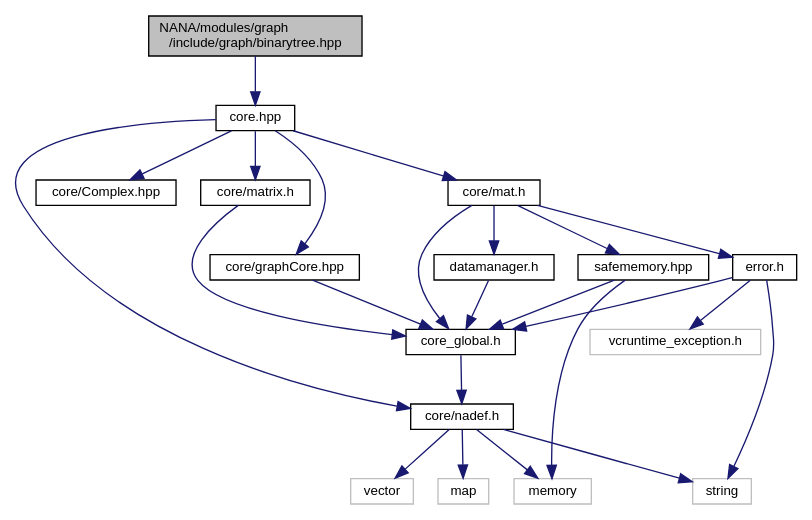
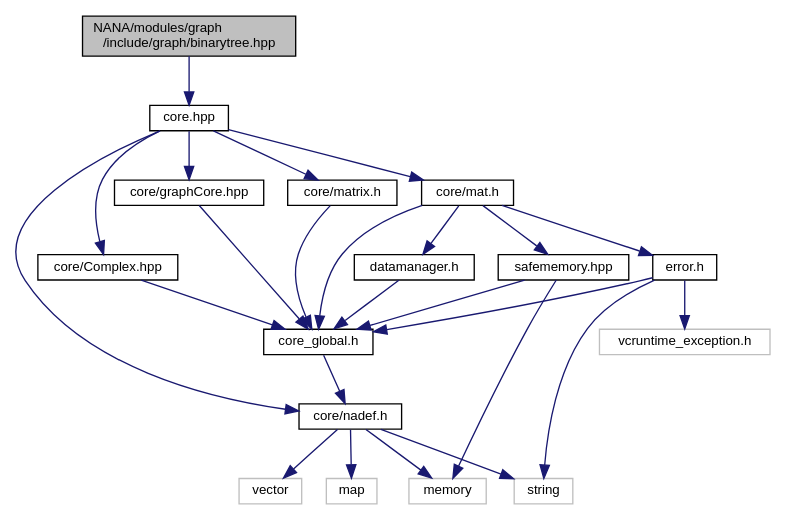
The diagram in docs/binarytree_8hpp__incl.dot (YuruTu/NANA), drawn with Graphviz before and after one commit. The commit also changed 149 other files, not shown here.

```diff
--- a/docs/binarytree_8hpp__incl.dot
+++ b/docs/binarytree_8hpp__incl.dot
@@ -1,45 +1,46 @@
 digraph "NANA/modules/graph/include/graph/binarytree.hpp"
 {
  // LATEX_PDF_SIZE
   edge [fontname="Helvetica",fontsize="10",labelfontname="Helvetica",labelfontsize="10"];
   node [fontname="Helvetica",fontsize="10",shape=record];
   Node1 [label="NANA/modules/graph\l/include/graph/binarytree.hpp",height=0.2,width=0.4,color="black", fillcolor="grey75", style="filled", fontcolor="black",tooltip="实现二叉树的模板"];
   Node1 -> Node2 [color="midnightblue",fontsize="10",style="solid",fontname="Helvetica"];
   Node2 [label="core.hpp",height=0.2,width=0.4,color="black", fillcolor="white", style="filled",URL="$core_8hpp.html",tooltip="包含基本的数据结构等"];
   Node2 -> Node3 [color="midnightblue",fontsize="10",style="solid",fontname="Helvetica"];
   Node3 [label="core/nadef.h",height=0.2,width=0.4,color="black", fillcolor="white", style="filled",URL="$nadef_8h.html",tooltip="数值分析所依赖的定义"];
   Node3 -> Node4 [color="midnightblue",fontsize="10",style="solid",fontname="Helvetica"];
   Node4 [label="vector",height=0.2,width=0.4,color="grey75", fillcolor="white", style="filled",tooltip=" "];
   Node3 -> Node5 [color="midnightblue",fontsize="10",style="solid",fontname="Helvetica"];
   Node5 [label="string",height=0.2,width=0.4,color="grey75", fillcolor="white", style="filled",tooltip=" "];
   Node3 -> Node6 [color="midnightblue",fontsize="10",style="solid",fontname="Helvetica"];
   Node6 [label="map",height=0.2,width=0.4,color="grey75", fillcolor="white", style="filled",tooltip=" "];
   Node3 -> Node7 [color="midnightblue",fontsize="10",style="solid",fontname="Helvetica"];
   Node7 [label="memory",height=0.2,width=0.4,color="grey75", fillcolor="white", style="filled",tooltip=" "];
   Node2 -> Node8 [color="midnightblue",fontsize="10",style="solid",fontname="Helvetica"];
   Node8 [label="core/Complex.hpp",height=0.2,width=0.4,color="black", fillcolor="white", style="filled",URL="$_complex_8hpp.html",tooltip="实现复数"];
-  Node2 -> Node9 [color="midnightblue",fontsize="10",style="solid",fontname="Helvetica"];
-  Node9 [label="core/graphCore.hpp",height=0.2,width=0.4,color="black", fillcolor="white", style="filled",URL="$graph_core_8hpp.html",tooltip="为图论算法实现的基本数据结构"];
-  Node9 -> Node10 [color="midnightblue",fontsize="10",style="solid",fontname="Helvetica"];
-  Node10 [label="core_global.h",height=0.2,width=0.4,color="black", fillcolor="white", style="filled",URL="$core__global_8h.html",tooltip="全局头文件"];
-  Node10 -> Node3 [color="midnightblue",fontsize="10",style="solid",fontname="Helvetica"];
+  Node8 -> Node9 [color="midnightblue",fontsize="10",style="solid",fontname="Helvetica"];
+  Node9 [label="core_global.h",height=0.2,width=0.4,color="black", fillcolor="white", style="filled",URL="$core__global_8h.html",tooltip="全局头文件"];
+  Node9 -> Node3 [color="midnightblue",fontsize="10",style="solid",fontname="Helvetica"];
+  Node2 -> Node10 [color="midnightblue",fontsize="10",style="solid",fontname="Helvetica"];
+  Node10 [label="core/graphCore.hpp",height=0.2,width=0.4,color="black", fillcolor="white", style="filled",URL="$graph_core_8hpp.html",tooltip="为图论算法实现的基本数据结构"];
+  Node10 -> Node9 [color="midnightblue",fontsize="10",style="solid",fontname="Helvetica"];
   Node2 -> Node11 [color="midnightblue",fontsize="10",style="solid",fontname="Helvetica"];
   Node11 [label="core/matrix.h",height=0.2,width=0.4,color="black", fillcolor="white", style="filled",URL="$matrix_8h.html",tooltip="简单矩阵类(效率不高，但易于理解，很多时候会触发复制构造函数)，不同于Mat"];
-  Node11 -> Node10 [color="midnightblue",fontsize="10",style="solid",fontname="Helvetica"];
+  Node11 -> Node9 [color="midnightblue",fontsize="10",style="solid",fontname="Helvetica"];
   Node2 -> Node12 [color="midnightblue",fontsize="10",style="solid",fontname="Helvetica"];
   Node12 [label="core/mat.h",height=0.2,width=0.4,color="black", fillcolor="white", style="filled",URL="$mat_8h.html",tooltip="实现一个用于矩阵运算的模板类(仍在实现当中)"];
-  Node12 -> Node10 [color="midnightblue",fontsize="10",style="solid",fontname="Helvetica"];
+  Node12 -> Node9 [color="midnightblue",fontsize="10",style="solid",fontname="Helvetica"];
   Node12 -> Node13 [color="midnightblue",fontsize="10",style="solid",fontname="Helvetica"];
   Node13 [label="error.h",height=0.2,width=0.4,color="black", fillcolor="white", style="filled",URL="$error_8h.html",tooltip="用于抛出异常"];
-  Node13 -> Node10 [color="midnightblue",fontsize="10",style="solid",fontname="Helvetica"];
+  Node13 -> Node9 [color="midnightblue",fontsize="10",style="solid",fontname="Helvetica"];
   Node13 -> Node14 [color="midnightblue",fontsize="10",style="solid",fontname="Helvetica"];
   Node14 [label="vcruntime_exception.h",height=0.2,width=0.4,color="grey75", fillcolor="white", style="filled",tooltip=" "];
   Node13 -> Node5 [color="midnightblue",fontsize="10",style="solid",fontname="Helvetica"];
   Node12 -> Node15 [color="midnightblue",fontsize="10",style="solid",fontname="Helvetica"];
   Node15 [label="datamanager.h",height=0.2,width=0.4,color="black", fillcolor="white", style="filled",URL="$datamanager_8h.html",tooltip="实现一个数据管理器"];
-  Node15 -> Node10 [color="midnightblue",fontsize="10",style="solid",fontname="Helvetica"];
+  Node15 -> Node9 [color="midnightblue",fontsize="10",style="solid",fontname="Helvetica"];
   Node12 -> Node16 [color="midnightblue",fontsize="10",style="solid",fontname="Helvetica"];
   Node16 [label="safememory.hpp",height=0.2,width=0.4,color="black", fillcolor="white", style="filled",URL="$safememory_8hpp.html",tooltip="实现安全的内存管理"];
-  Node16 -> Node10 [color="midnightblue",fontsize="10",style="solid",fontname="Helvetica"];
+  Node16 -> Node9 [color="midnightblue",fontsize="10",style="solid",fontname="Helvetica"];
   Node16 -> Node7 [color="midnightblue",fontsize="10",style="solid",fontname="Helvetica"];
 }
```
